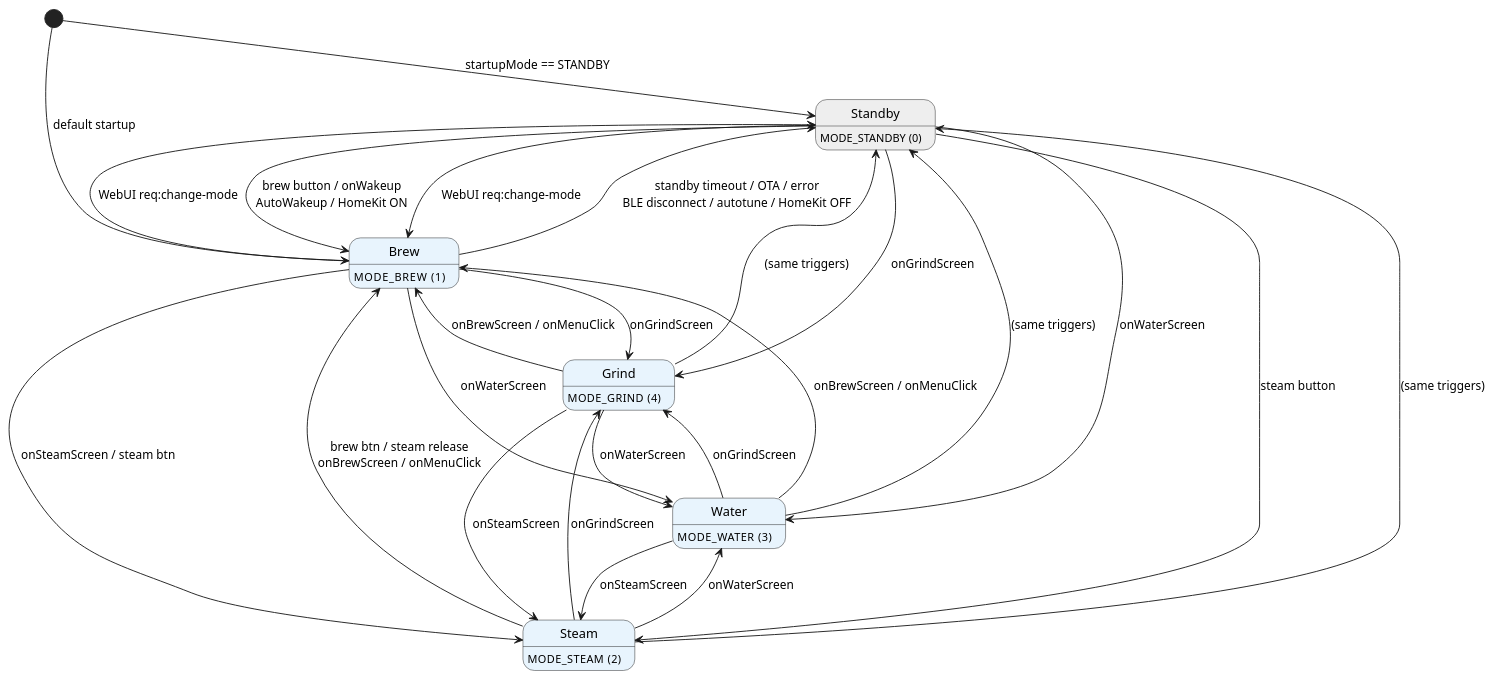
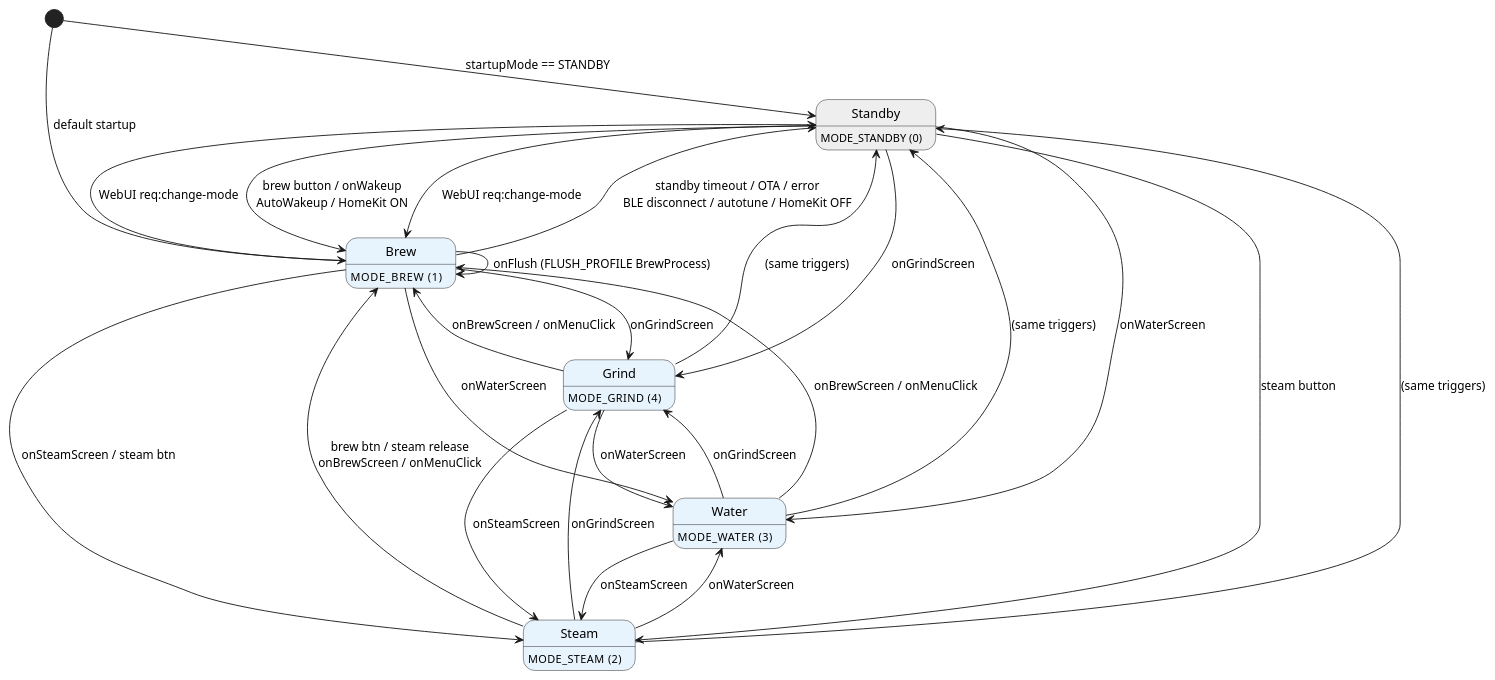
One commit to drothmaler/gaggimate changed the second of 2 diagrams in docs/diagrams/state-machine.md. Above: the diagram before and after it, drawn with PlantUML. The commit also changed other lines of this file, not shown here.

First line of the commit message:
docs: Note that flush is a BrewProcess, not a separate mode

````diff
--- a/docs/diagrams/state-machine.md
+++ b/docs/diagrams/state-machine.md
@@ -97,51 +104,54 @@
 ```plantuml
 @startuml
 hide empty description
 skinparam state {
   BackgroundColor<<op>> #E8F4FD
   BackgroundColor<<idle>> #EEEEEE
 }
 
 [*] --> Standby : startupMode == STANDBY
 [*] --> Brew    : default startup
 
 state Standby <<idle>> : MODE_STANDBY (0)
 state Brew    <<op>>   : MODE_BREW    (1)
 state Steam   <<op>>   : MODE_STEAM   (2)
 state Water   <<op>>   : MODE_WATER   (3)
 state Grind   <<op>>   : MODE_GRIND   (4)
 
 ' Wake from Standby
 Standby --> Brew  : brew button / onWakeup\nAutoWakeup / HomeKit ON
 Standby --> Steam : steam button
 Standby --> Water : onWaterScreen
 Standby --> Grind : onGrindScreen
 
 ' Between operating modes
 Brew  --> Steam : onSteamScreen / steam btn
 Brew  --> Water : onWaterScreen
 Brew  --> Grind : onGrindScreen
 
 Steam --> Brew  : brew btn / steam release\nonBrewScreen / onMenuClick
 Steam --> Water : onWaterScreen
 Steam --> Grind : onGrindScreen
 
 Water --> Brew  : onBrewScreen / onMenuClick
 Water --> Steam : onSteamScreen
 Water --> Grind : onGrindScreen
 
 Grind --> Brew  : onBrewScreen / onMenuClick
 Grind --> Steam : onSteamScreen
 Grind --> Water : onWaterScreen
 
+' Flush stays within BREW (no mode change)
+Brew --> Brew : onFlush (FLUSH_PROFILE BrewProcess)
+
 ' Back to Standby
 Brew  --> Standby : standby timeout / OTA / error\nBLE disconnect / autotune / HomeKit OFF
 Steam --> Standby : (same triggers)
 Water --> Standby : (same triggers)
 Grind --> Standby : (same triggers)
 
 ' WebUI can force any mode
 Brew  --> Standby : WebUI req:change-mode
 Standby --> Brew  : WebUI req:change-mode
 @enduml
 ```
````
